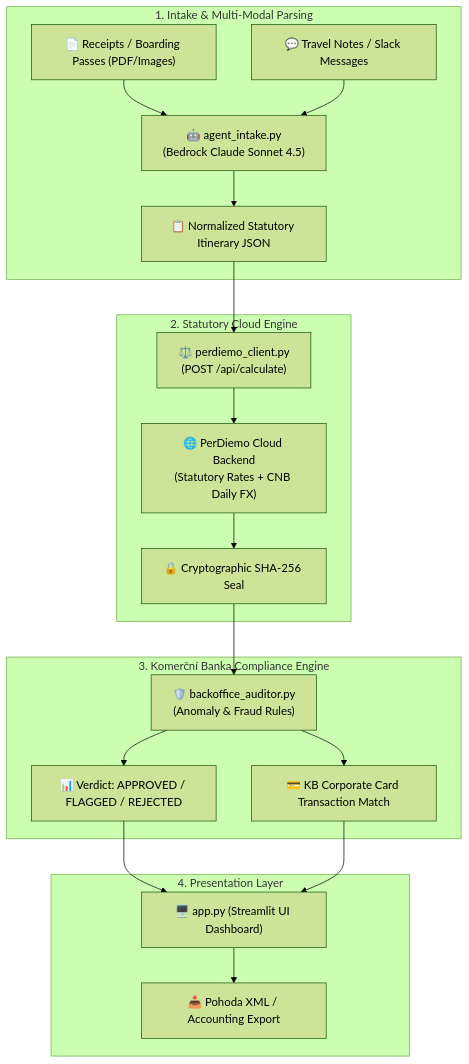
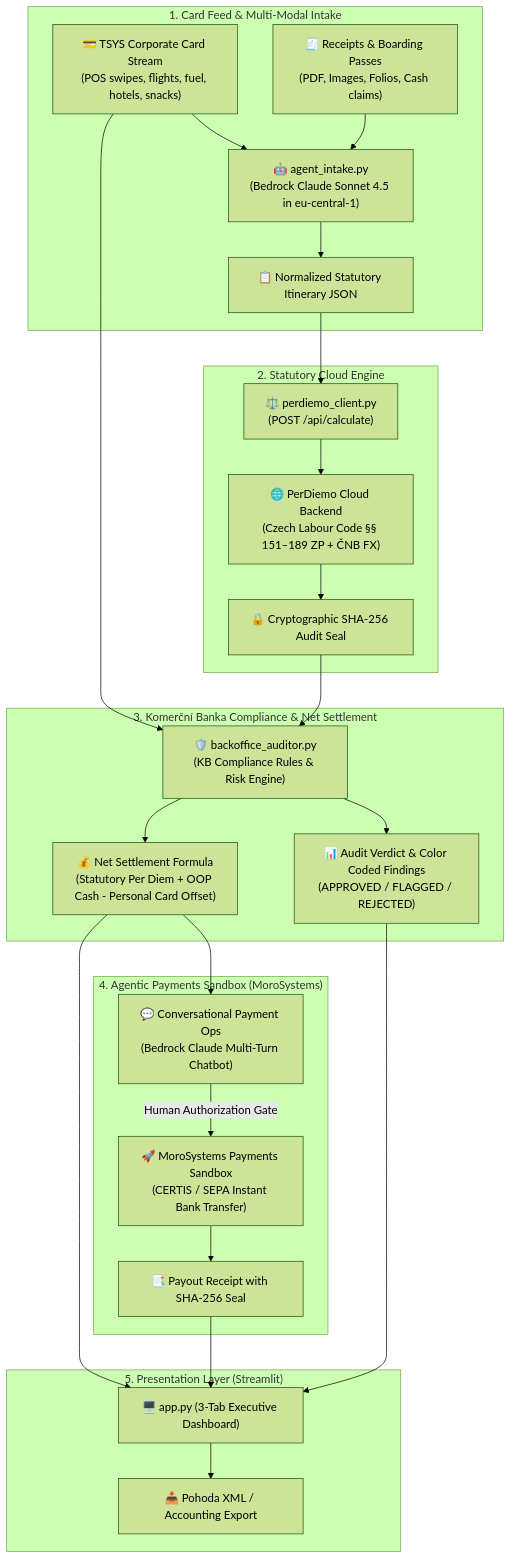
One commit to dataquo/perdiemo-fintechers-hackathon-2026 changed the diagram in AGENTS.md. Above: the diagram before and after it, drawn with Mermaid (forest theme). The commit also changed other lines of this file and 8 other files, not shown here.

````diff
--- a/AGENTS.md
+++ b/AGENTS.md
@@ -23,26 +27,35 @@
 ```mermaid
 flowchart TD
-    subgraph INTAKE["1. Intake & Multi-Modal Parsing"]
-        A["📄 Receipts / Boarding Passes (PDF/Images)"] --> C["🤖 agent_intake.py<br/>(Bedrock Claude Sonnet 4.5)"]
-        B["💬 Travel Notes / Slack Messages"] --> C
+    subgraph INTAKE["1. Card Feed & Multi-Modal Intake"]
+        A["💳 TSYS Corporate Card Stream<br/>(POS swipes, flights, fuel, hotels, snacks)"] --> C
+        B["🧾 Receipts & Boarding Passes<br/>(PDF, Images, Folios, Cash claims)"] --> C
+        C["🤖 agent_intake.py<br/>(Bedrock Claude Sonnet 4.5 in eu-central-1)"]
         C --> D["📋 Normalized Statutory Itinerary JSON"]
     end
 
     subgraph ENGINE["2. Statutory Cloud Engine"]
         D --> E["⚖️ perdiemo_client.py<br/>(POST /api/calculate)"]
-        E --> F["🌐 PerDiemo Cloud Backend<br/>(Statutory Rates + CNB Daily FX)"]
-        F --> G["🔒 Cryptographic SHA-256 Seal"]
+        E --> F["🌐 PerDiemo Cloud Backend<br/>(Czech Labour Code §§ 151–189 ZP + ČNB FX)"]
+        F --> G["🔒 Cryptographic SHA-256 Audit Seal"]
     end
 
-    subgraph AUDIT["3. Komerční Banka Compliance Engine"]
-        G --> H["🛡️ backoffice_auditor.py<br/>(Anomaly & Fraud Rules)"]
-        H --> I["📊 Verdict: APPROVED / FLAGGED / REJECTED"]
-        H --> J["💳 KB Corporate Card Transaction Match"]
+    subgraph AUDIT["3. Komerční Banka Compliance & Net Settlement"]
+        G --> H["🛡️ backoffice_auditor.py<br/>(KB Compliance Rules & Risk Engine)"]
+        A --> H
+        H --> I["📊 Audit Verdict & Color Coded Findings<br/>(APPROVED / FLAGGED / REJECTED)"]
+        H --> J["💰 Net Settlement Formula<br/>(Statutory Per Diem + OOP Cash - Personal Card Offset)"]
     end
 
-    subgraph UI["4. Presentation Layer"]
-        I --> K["🖥️ app.py (Streamlit UI Dashboard)"]
-        J --> K
-        K --> L["📥 Pohoda XML / Accounting Export"]
+    subgraph MONEY["4. Agentic Payments Sandbox (MoroSystems)"]
+        J --> K["💬 Conversational Payment Ops<br/>(Bedrock Claude Multi-Turn Chatbot)"]
+        K -->|Human Authorization Gate| L["🚀 MoroSystems Payments Sandbox<br/>(CERTIS / SEPA Instant Bank Transfer)"]
+        L --> M["📑 Payout Receipt with SHA-256 Seal"]
+    end
+
+    subgraph UI["5. Presentation Layer (Streamlit)"]
+        I --> N["🖥️ app.py (3-Tab Executive Dashboard)"]
+        J --> N
+        M --> N
+        N --> O["📥 Pohoda XML / Accounting Export"]
     end
 ```
````
